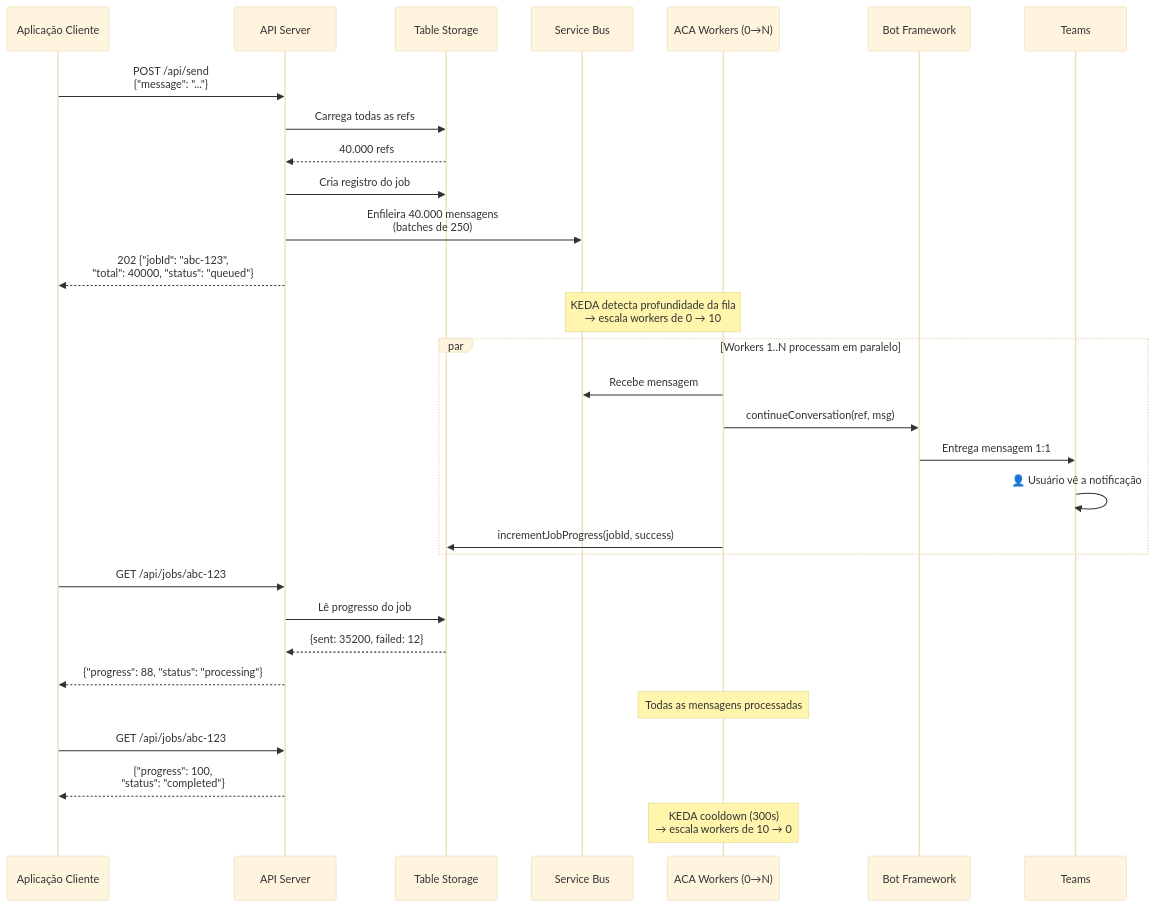
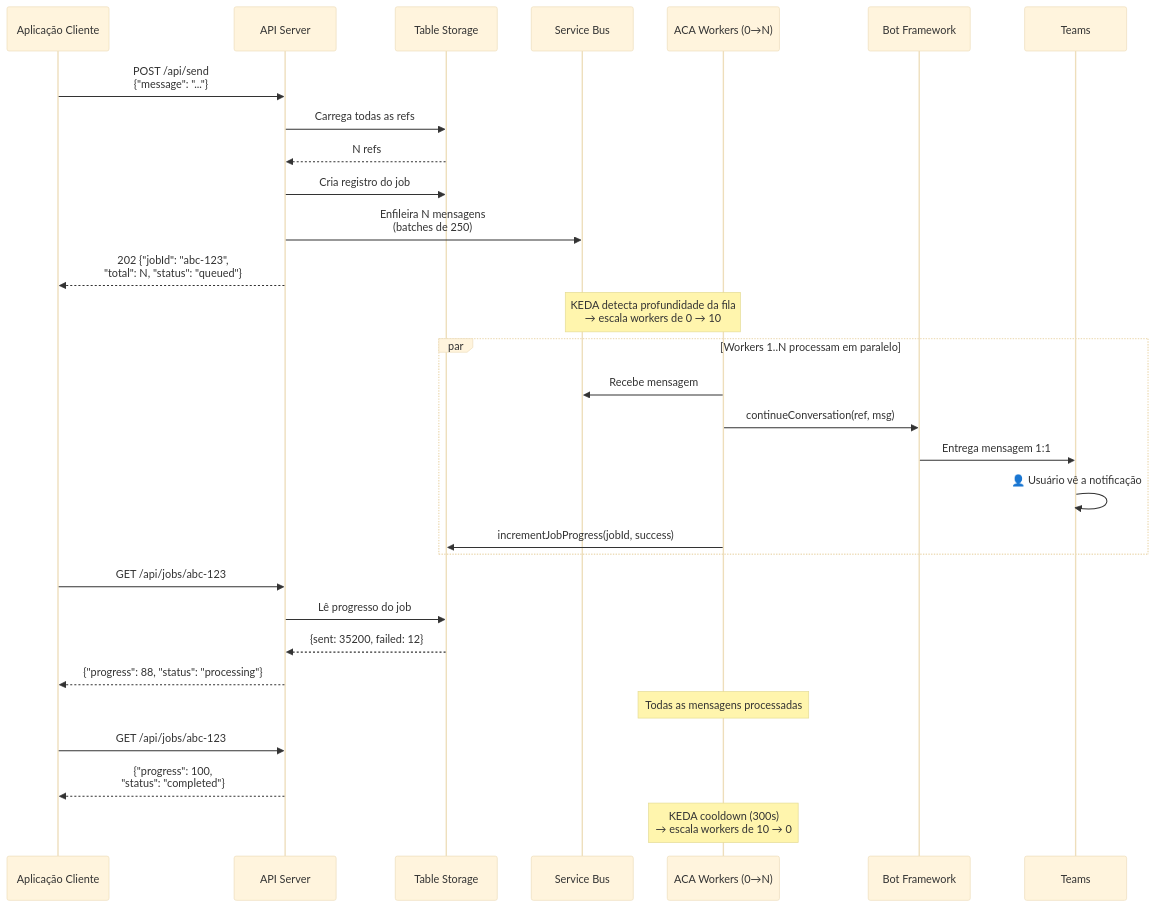
One commit to EdneiMonteiro/teams_msgs changed the fourth of 6 diagrams in README.md. Above: the diagram before and after it, drawn with Mermaid (base theme). The commit also changed other lines of this file, not shown here.

````diff
--- a/README.md
+++ b/README.md
@@ -172,39 +172,39 @@
 ```mermaid
 sequenceDiagram
     participant Client as Aplicação Cliente
     participant API as API Server
     participant Store as Table Storage
     participant SB as Service Bus
     participant Worker as ACA Workers (0→N)
     participant Bot as Bot Framework
     participant Teams as Teams
 
     Client->>API: POST /api/send<br/>{"message": "..."}
     API->>Store: Carrega todas as refs
-    Store-->>API: 40.000 refs
+    Store-->>API: N refs
     API->>Store: Cria registro do job
-    API->>SB: Enfileira 40.000 mensagens<br/>(batches de 250)
-    API-->>Client: 202 {"jobId": "abc-123",<br/>"total": 40000, "status": "queued"}
+    API->>SB: Enfileira N mensagens<br/>(batches de 250)
+    API-->>Client: 202 {"jobId": "abc-123",<br/>"total": N, "status": "queued"}
 
     Note over SB,Worker: KEDA detecta profundidade da fila<br/>→ escala workers de 0 → 10
 
     par Workers 1..N processam em paralelo
         Worker->>SB: Recebe mensagem
         Worker->>Bot: continueConversation(ref, msg)
         Bot->>Teams: Entrega mensagem 1:1
         Teams->>Teams: 👤 Usuário vê a notificação
         Worker->>Store: incrementJobProgress(jobId, success)
     end
 
     Client->>API: GET /api/jobs/abc-123
     API->>Store: Lê progresso do job
     Store-->>API: {sent: 35200, failed: 12}
     API-->>Client: {"progress": 88, "status": "processing"}
 
     Note over Worker: Todas as mensagens processadas
 
     Client->>API: GET /api/jobs/abc-123
     API-->>Client: {"progress": 100,<br/>"status": "completed"}
 
     Note over Worker: KEDA cooldown (300s)<br/>→ escala workers de 10 → 0
 ```
````
